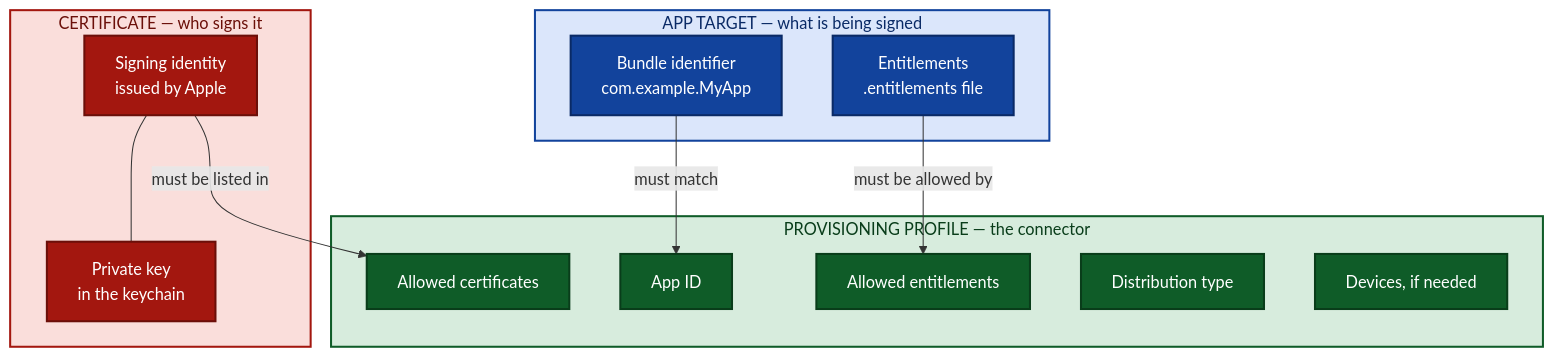
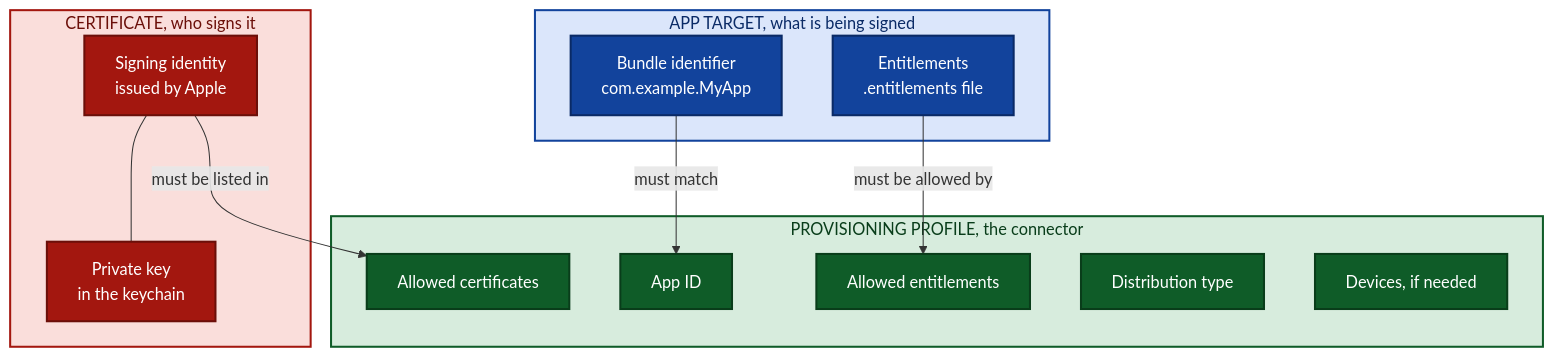
One commit to OGSarah/iOS-Project-Tooling changed the first of 11 diagrams in ios-code-signing-diagrams.md. Above: the diagram before and after it, drawn with Mermaid. The commit also changed other lines of this file, not shown here.

````diff
--- a/ios-code-signing-diagrams.md
+++ b/ios-code-signing-diagrams.md
@@ -11,36 +11,36 @@
 ```mermaid
 graph TD
-    subgraph APP["APP TARGET — what is being signed"]
+    subgraph APP["APP TARGET, what is being signed"]
         A1["Bundle identifier<br/>com.example.MyApp"]
         A2["Entitlements<br/>.entitlements file"]
     end
 
-    subgraph CERT["CERTIFICATE — who signs it"]
+    subgraph CERT["CERTIFICATE, who signs it"]
         C1["Signing identity<br/>issued by Apple"]
         C2["Private key<br/>in the keychain"]
     end
 
-    subgraph PROF["PROVISIONING PROFILE — the connector"]
+    subgraph PROF["PROVISIONING PROFILE, the connector"]
         P1["App ID"]
         P2["Allowed certificates"]
         P3["Allowed entitlements"]
         P4["Distribution type"]
         P5["Devices, if needed"]
     end
 
     A1 -->|"must match"| P1
     A2 -->|"must be allowed by"| P3
     C1 -->|"must be listed in"| P2
     C1 --- C2
 
     classDef blue fill:#12439c,stroke:#0a2a66,color:#ffffff,stroke-width:2px
     classDef red fill:#a3170f,stroke:#6b0f09,color:#ffffff,stroke-width:2px
     classDef green fill:#0f5c28,stroke:#093d1a,color:#ffffff,stroke-width:2px
     class A1,A2 blue
     class C1,C2 red
     class P1,P2,P3,P4,P5 green
 
     style APP fill:#dbe6fb,stroke:#12439c,color:#0a2a66,stroke-width:2px
     style CERT fill:#fadedb,stroke:#a3170f,color:#6b0f09,stroke-width:2px
     style PROF fill:#d7ecdd,stroke:#0f5c28,color:#093d1a,stroke-width:2px
 ```
````
